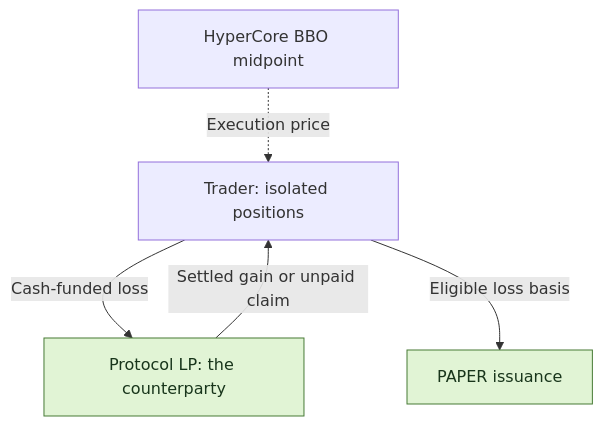
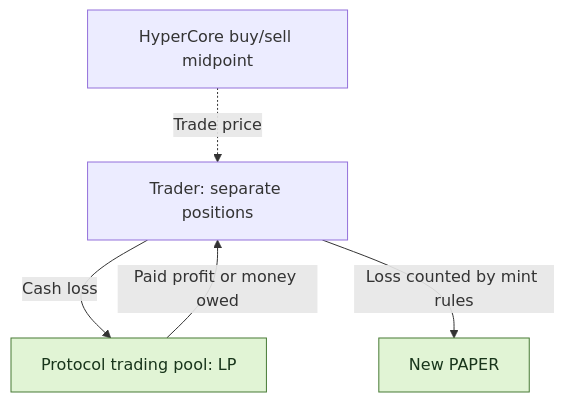
Before and after one commit to KoNit-K/papertrade-lab: the first of 2 diagrams in README.md, drawn with Mermaid. The commit also changed other lines of this file and 6 other files, not shown here.

````diff
--- a/README.md
+++ b/README.md
@@ -89,9 +91,9 @@
 ```mermaid
 flowchart TB
-    Price[HyperCore BBO midpoint] -.->|Execution price| Trader[Trader: isolated positions]
-    Trader -->|Cash-funded loss| Pool[Protocol LP: the counterparty]
-    Pool -->|Settled gain or unpaid claim| Trader
-    Trader -->|Eligible loss basis| PAPER[PAPER issuance]
+    Price[HyperCore buy/sell midpoint] -.->|Trade price| Trader[Trader: separate positions]
+    Trader -->|Cash loss| Pool[Protocol trading pool: LP]
+    Pool -->|Paid profit or money owed| Trader
+    Trader -->|Loss counted by mint rules| PAPER[New PAPER]
     classDef accent fill:#e1f4d5,stroke:#477a35,color:#18351b
     class Pool,PAPER accent
 ```
````
